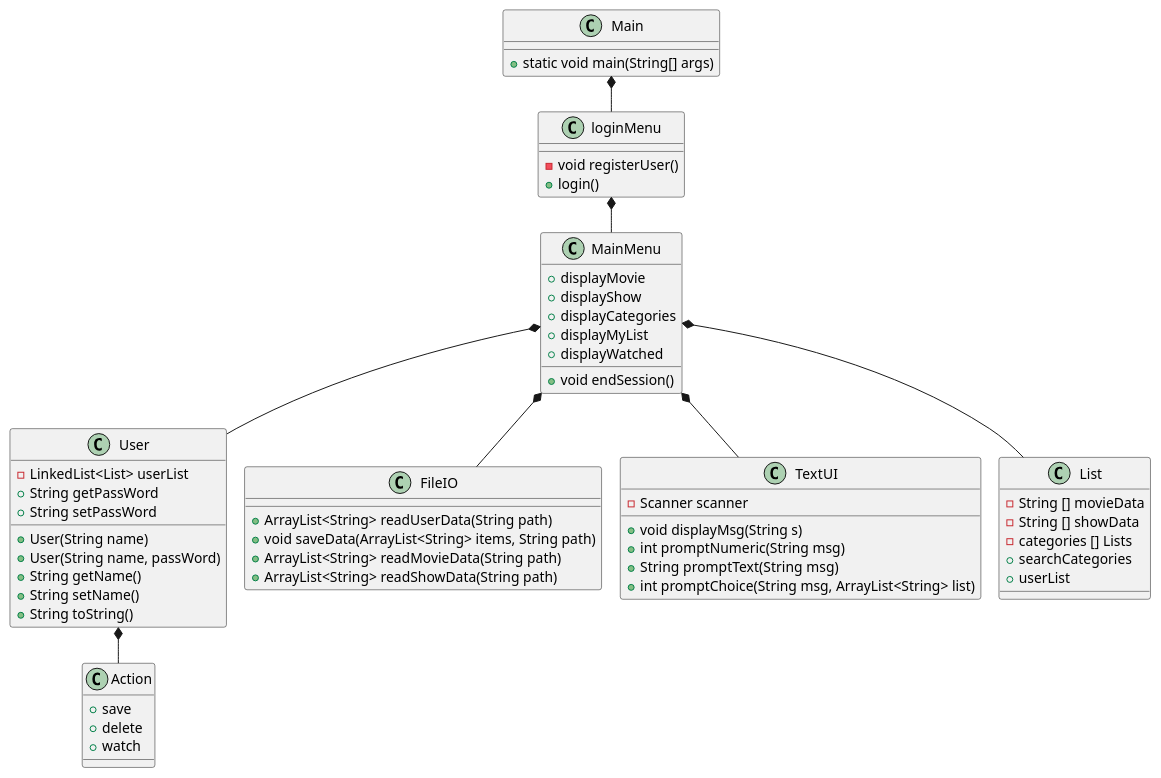
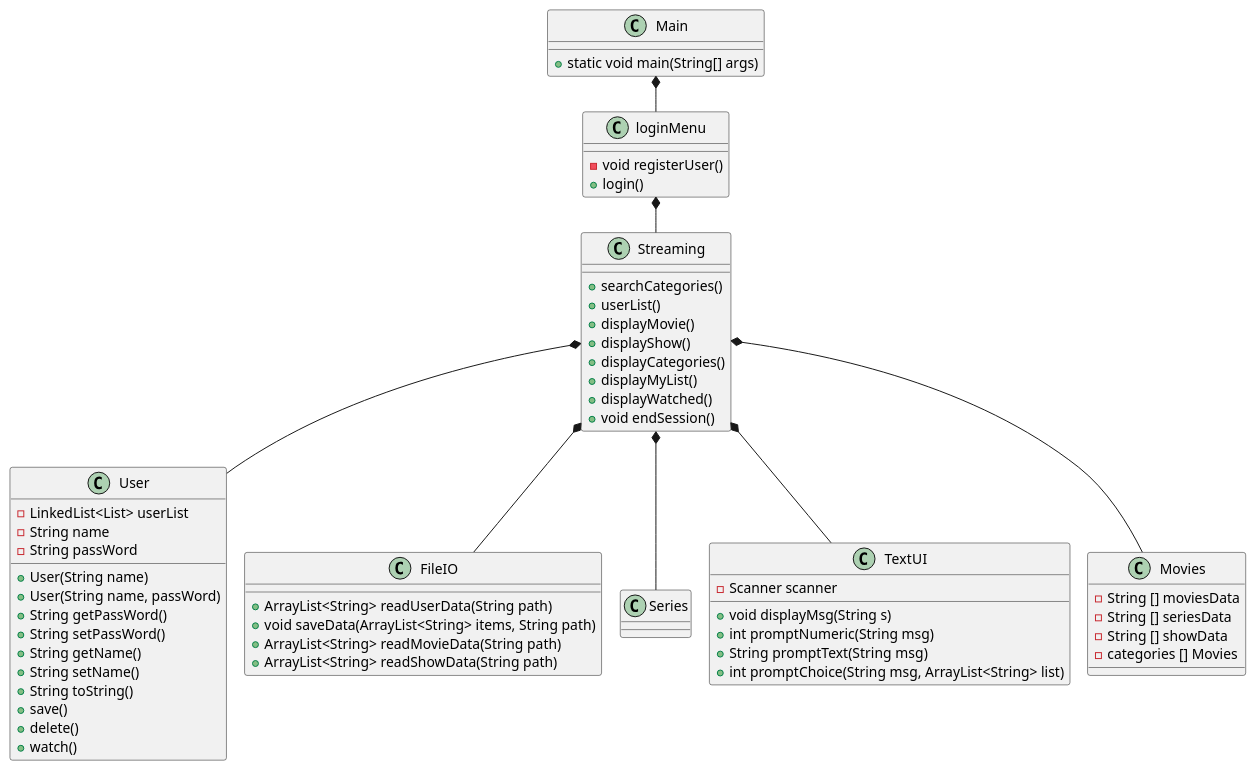
Before and after one commit to ABrondbjerg/Streaming-SP3: the diagram in doc/ClassDiagramV1.puml, drawn with PlantUML.

```diff
--- a/doc/ClassDiagramV1.puml
+++ b/doc/ClassDiagramV1.puml
@@ -1,68 +1,76 @@
 @startuml
 !pragma layout smetana
 
 class Main{
 + static void main(String[] args)
 }
 class loginMenu{
 - void registerUser()
 + login()
 }
-class MainMenu{
-+ displayMovie
-+ displayShow
-+ displayCategories
-+ displayMyList
-+ displayWatched
+class Streaming{
++ searchCategories()
++ userList()
++ displayMovie()
++ displayShow()
++ displayCategories()
++ displayMyList()
++ displayWatched()
+
 
  + void endSession()
 }
 
 class User{
 - LinkedList<List> userList
+- String name
+-String passWord
 + User(String name)
 + User(String name, passWord)
-+ String getPassWord
-+ String setPassWord
++ String getPassWord()
++ String setPassWord()
 + String getName()
 + String setName()
 + String toString()
++ save()
++ delete()
++ watch()
 }
 class FileIO{
 + ArrayList<String> readUserData(String path)
 + void saveData(ArrayList<String> items, String path)
 + ArrayList<String> readMovieData(String path)
 + ArrayList<String> readShowData(String path)
+}
+class Series{
+
 }
 
 class TextUI{
 - Scanner scanner
 + void displayMsg(String s)
 + int promptNumeric(String msg)
 + String promptText(String msg)
 + int promptChoice(String msg, ArrayList<String> list)
 }
 
-class List{
-- String [] movieData
+class Movies{
+- String [] moviesData
+-String [] seriesData
 - String [] showData
-- categories [] Lists
-+ searchCategories
-+ userList
-}
-class Action{
-+ save
-+ delete
-+ watch
+- categories [] Movies
+
 }
 
 
+
 Main *-- loginMenu
-loginMenu *-- MainMenu
-MainMenu *-- TextUI
-MainMenu *-- List
-MainMenu *-- User
-MainMenu *-- FileIO
-User *-- Action
+loginMenu *-- Streaming
+Streaming *-- TextUI
+Streaming *-- Movies
+Streaming *-- User
+Streaming *-- FileIO
+Streaming *-- Series
+
 
 @enduml
```
